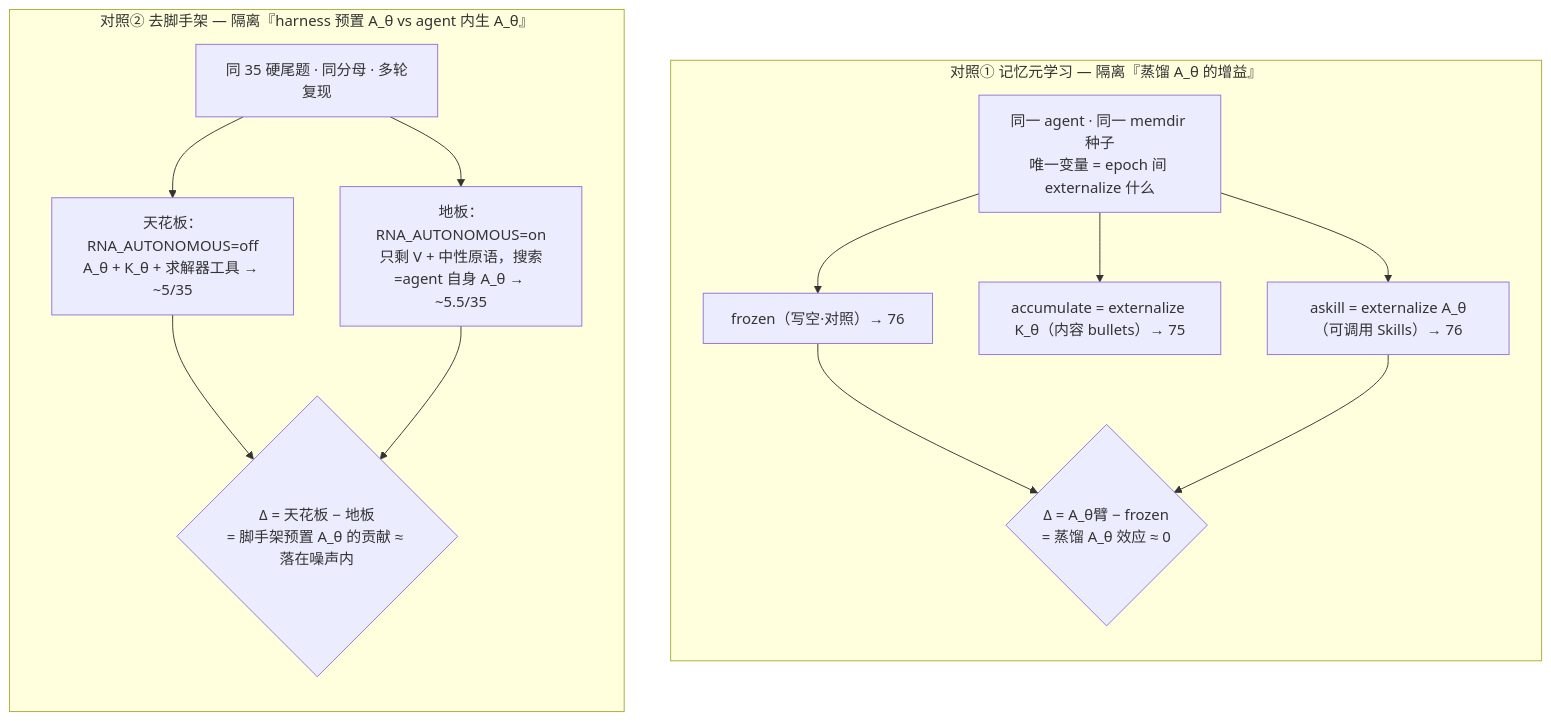
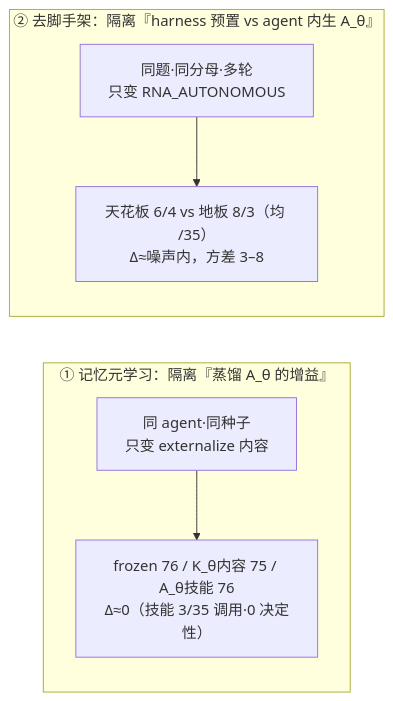
The diagram in docs/weekly-report/2026-07-10.md (wenhui-ml/AI4RNA), drawn with Mermaid before and after one commit. The commit also changed other lines of this file, not shown here.

````diff
--- a/docs/weekly-report/2026-07-10.md
+++ b/docs/weekly-report/2026-07-10.md
@@ -57,20 +11,9 @@
 ```mermaid
-flowchart TB
-  subgraph E_MEM["对照① 记忆元学习 — 隔离『蒸馏 A_θ 的增益』"]
-    direction TB
-    B1["同一 agent · 同一 memdir 种子<br/>唯一变量 = epoch 间 externalize 什么"]
-    B1 --> M_F["frozen（写空·对照）→ 76"]
-    B1 --> M_K["accumulate = externalize K_θ（内容 bullets）→ 75"]
-    B1 --> M_A["askill = externalize A_θ（可调用 Skills）→ 76"]
-    M_F --> D1{"Δ = A_θ臂 − frozen<br/>= 蒸馏 A_θ 效应 ≈ 0"}
-    M_A --> D1
+flowchart LR
+  subgraph C1["① 记忆元学习：隔离『蒸馏 A_θ 的增益』"]
+    A1["同 agent·同种子<br/>只变 externalize 内容"] --> A2["frozen 76 / K_θ内容 75 / A_θ技能 76<br/>Δ≈0（技能 3/35 调用·0 决定性）"]
   end
-  subgraph E_SCAF["对照② 去脚手架 — 隔离『harness 预置 A_θ vs agent 内生 A_θ』"]
-    direction TB
-    B2["同 35 硬尾题 · 同分母 · 多轮复现"]
-    B2 --> S_C["天花板：RNA_AUTONOMOUS=off<br/>A_θ + K_θ + 求解器工具 → ~5/35"]
-    B2 --> S_F["地板：RNA_AUTONOMOUS=on<br/>只剩 V + 中性原语，搜索=agent 自身 A_θ → ~5.5/35"]
-    S_C --> D2{"Δ = 天花板 − 地板<br/>= 脚手架预置 A_θ 的贡献 ≈ 落在噪声内"}
-    S_F --> D2
+  subgraph C2["② 去脚手架：隔离『harness 预置 vs agent 内生 A_θ』"]
+    B1["同题·同分母·多轮<br/>只变 RNA_AUTONOMOUS"] --> B2["天花板 6/4 vs 地板 8/3（均 /35）<br/>Δ≈噪声内，方差 3–8"]
   end
 ```
````
